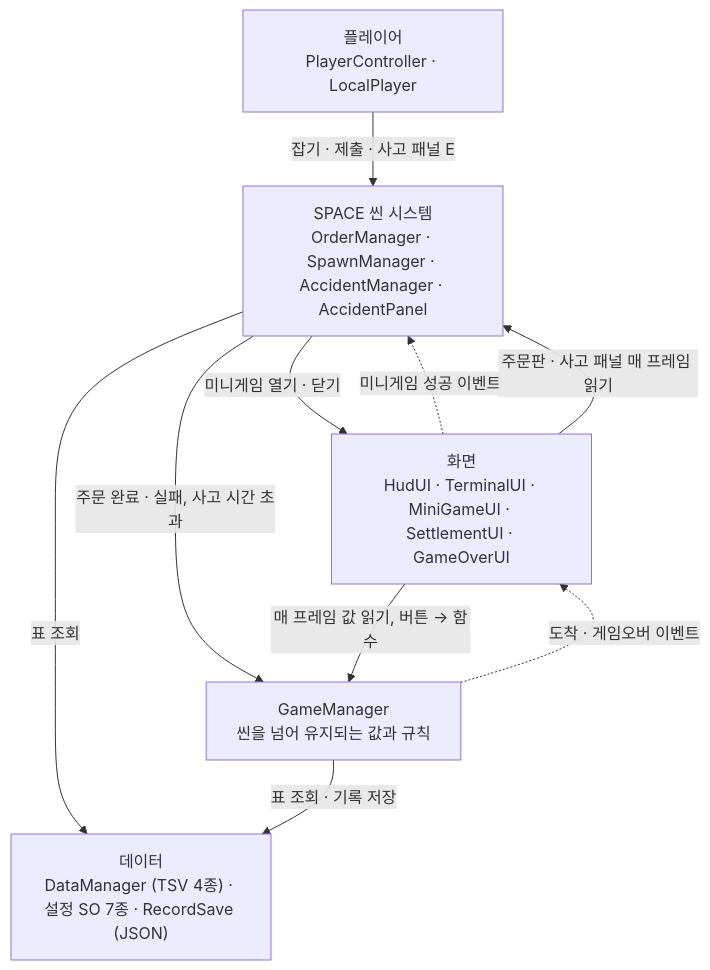
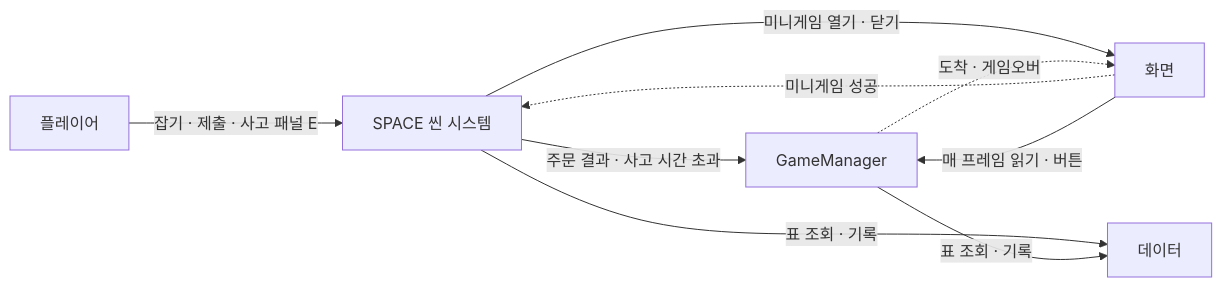
Before and after one commit to rlawlsdn77/portfolio: the third of 8 diagrams in src/OverFixed/OverFixed_기술문서.md, drawn with Mermaid. The commit also changed other lines of this file and 4 other files, not shown here.

````diff
--- a/src/OverFixed/OverFixed_기술문서.md
+++ b/src/OverFixed/OverFixed_기술문서.md
@@ -153,17 +142,15 @@
 ```mermaid
-flowchart TB
-    PL["플레이어<br/>PlayerController · LocalPlayer"]
-    VIEW["화면<br/>HudUI · TerminalUI · MiniGameUI · SettlementUI · GameOverUI"]
-    SYS["SPACE 씬 시스템<br/>OrderManager · SpawnManager · AccidentManager · AccidentPanel"]
-    GM["GameManager<br/>씬을 넘어 유지되는 값과 규칙"]
-    DATA["데이터<br/>DataManager (TSV 4종) · 설정 SO 7종 · RecordSave (JSON)"]
+flowchart LR
+    PL["플레이어"]
+    SYS["SPACE 씬 시스템"]
+    GM["GameManager"]
+    VIEW["화면"]
+    DATA["데이터"]
     PL -->|"잡기 · 제출 · 사고 패널 E"| SYS
+    SYS -->|"주문 결과 · 사고 시간 초과"| GM
     SYS -->|"미니게임 열기 · 닫기"| VIEW
-    VIEW -.->|"미니게임 성공 이벤트"| SYS
-    VIEW -->|"주문판 · 사고 패널 매 프레임 읽기"| SYS
-    SYS -->|"주문 완료 · 실패, 사고 시간 초과"| GM
-    VIEW -->|"매 프레임 값 읽기, 버튼 → 함수"| GM
-    GM -.->|"도착 · 게임오버 이벤트"| VIEW
-    SYS -->|"표 조회"| DATA
-    GM -->|"표 조회 · 기록 저장"| DATA
+    VIEW -.->|"미니게임 성공"| SYS
+    VIEW -->|"매 프레임 읽기 · 버튼"| GM
+    GM -.->|"도착 · 게임오버"| VIEW
+    SYS & GM -->|"표 조회 · 기록"| DATA
 ```
````
